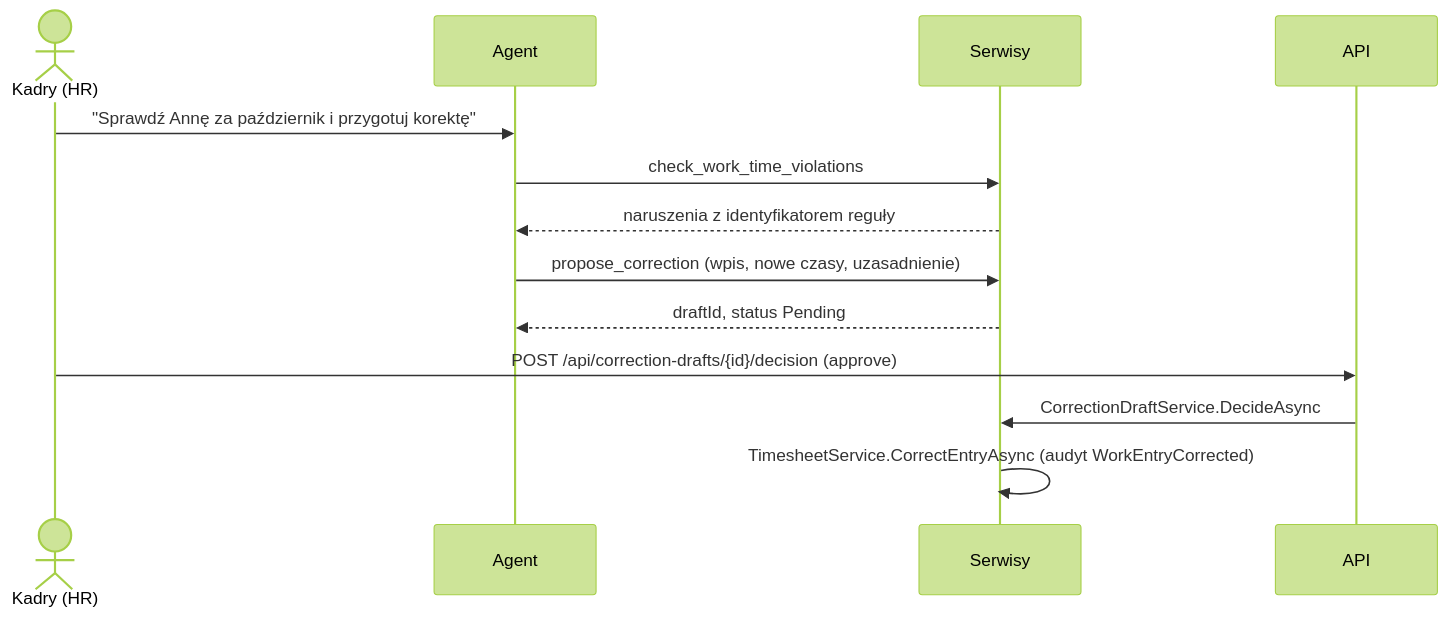
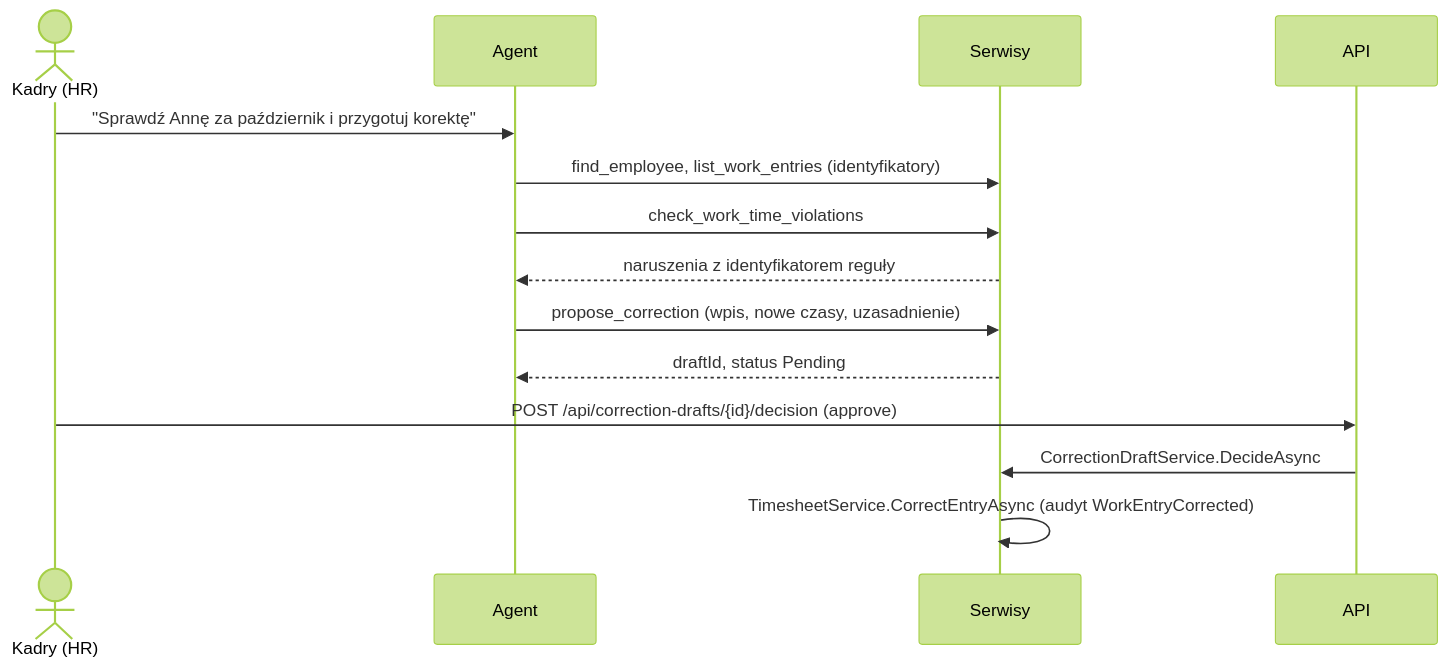
The fourth of 5 diagrams in docs/arc42/06-widok-czasu-wykonania.md (99996927/TePePwEduPL), drawn with Mermaid (forest theme) before and after one commit. The commit also changed other lines of this file and 7 other files, not shown here.

Commit message:
Dodaj narzędzia find_employee i list_work_entries oraz wymóg zapisu liczb cyframi

````diff
--- a/docs/arc42/06-widok-czasu-wykonania.md
+++ b/docs/arc42/06-widok-czasu-wykonania.md
@@ -77,15 +77,16 @@
 ```mermaid
 sequenceDiagram
     actor H as Kadry (HR)
     participant AG as Agent
     participant APP as Serwisy
     participant API as API
     H->>AG: "Sprawdź Annę za październik i przygotuj korektę"
+    AG->>APP: find_employee, list_work_entries (identyfikatory)
     AG->>APP: check_work_time_violations
     APP-->>AG: naruszenia z identyfikatorem reguły
     AG->>APP: propose_correction (wpis, nowe czasy, uzasadnienie)
     APP-->>AG: draftId, status Pending
     H->>API: POST /api/correction-drafts/{id}/decision (approve)
     API->>APP: CorrectionDraftService.DecideAsync
     APP->>APP: TimesheetService.CorrectEntryAsync (audyt WorkEntryCorrected)
 ```
````
